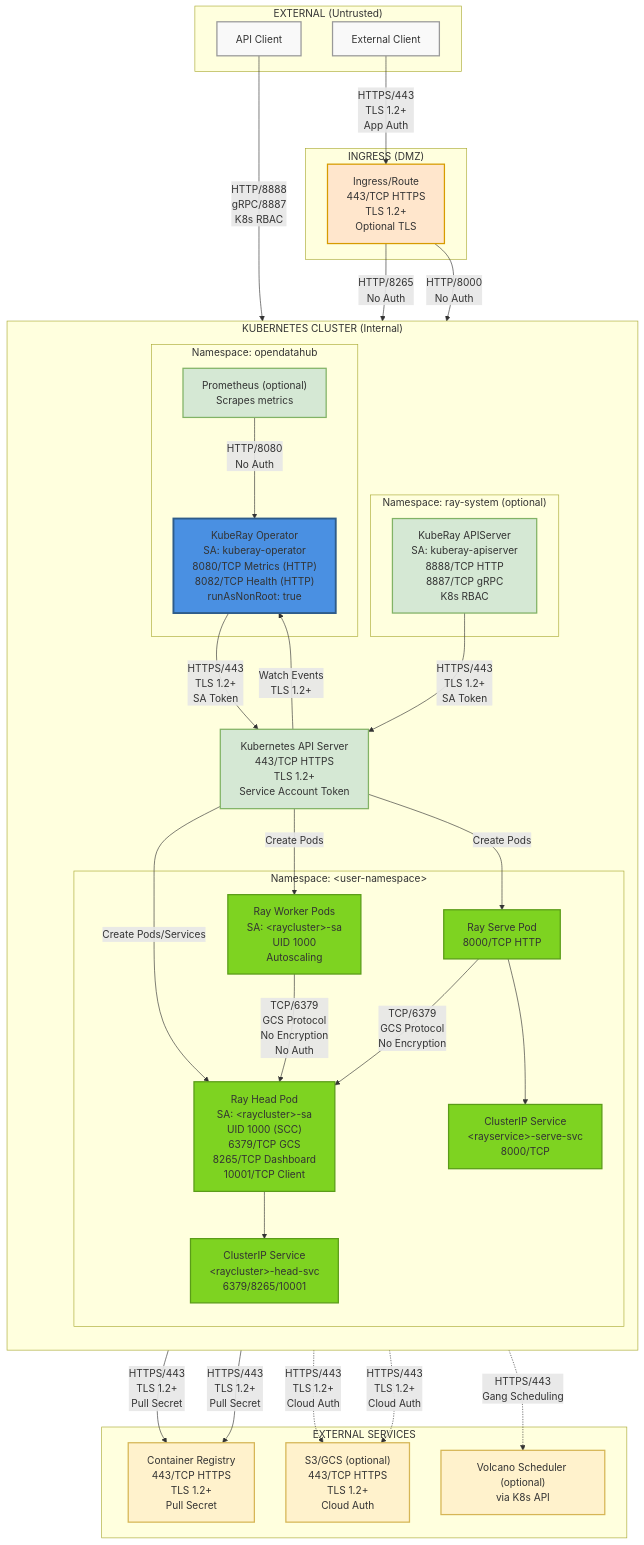
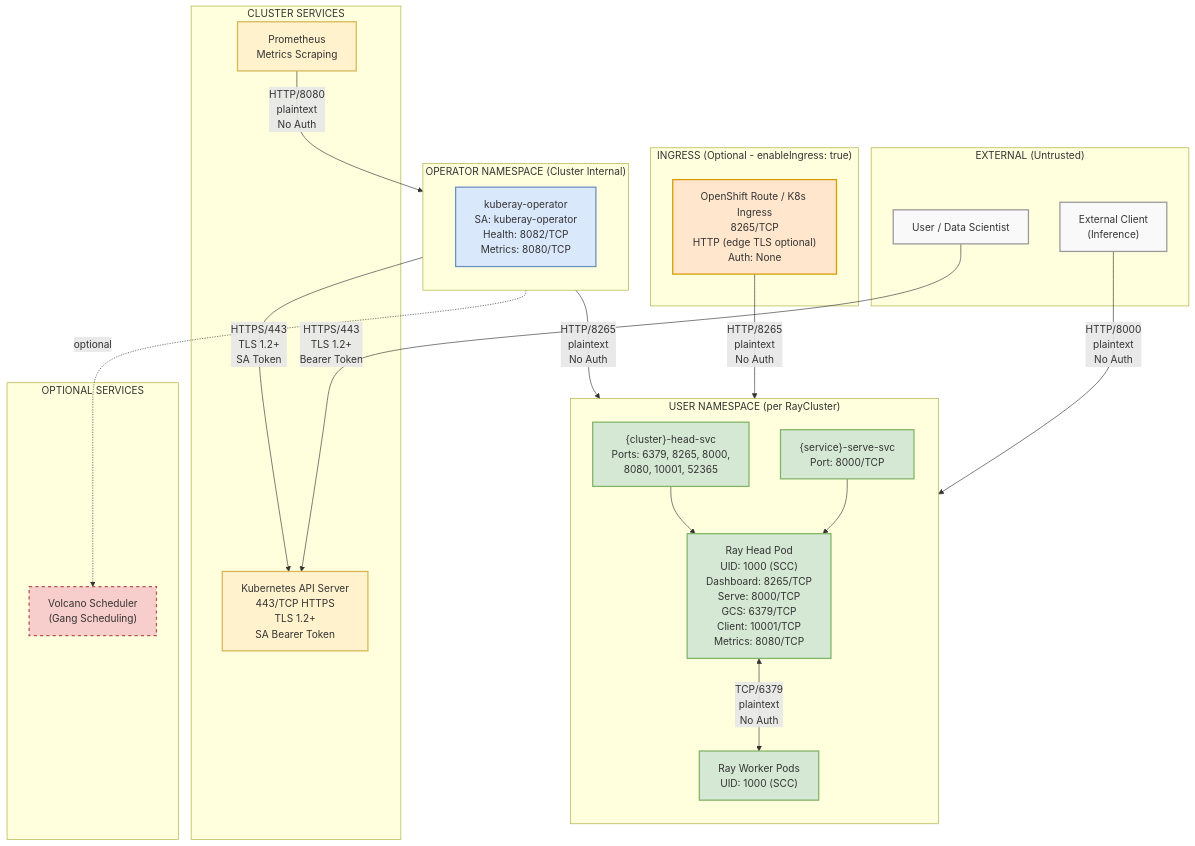
One commit to rhuss/architecture-context changed the diagram in architecture/rhoai-2.6/diagrams/kuberay-security-network.mmd. Above: the diagram before and after it, drawn with Mermaid. The commit also changed 325 other files, not shown here.

```diff
--- a/architecture/rhoai-2.6/diagrams/kuberay-security-network.mmd
+++ b/architecture/rhoai-2.6/diagrams/kuberay-security-network.mmd
@@ -1,88 +1,68 @@
+%% KubeRay Operator - Security Network Diagram
+%% Generated by: Claude Opus 4.6
+%% Source: architecture/rhoai-2.6/kuberay.md
+
 graph TB
     subgraph External["EXTERNAL (Untrusted)"]
-        Client[External Client]
-        APIClient[API Client]
+        User["User / Data Scientist"]
+        Client["External Client<br/>(Inference)"]
     end
 
-    subgraph Ingress["INGRESS (DMZ)"]
-        IngressRoute["Ingress/Route<br/>443/TCP HTTPS<br/>TLS 1.2+<br/>Optional TLS"]
+    subgraph Ingress["INGRESS (Optional - enableIngress: true)"]
+        Route["OpenShift Route / K8s Ingress<br/>8265/TCP<br/>HTTP (edge TLS optional)<br/>Auth: None"]
     end
 
-    subgraph K8sCluster["KUBERNETES CLUSTER (Internal)"]
+    subgraph OperatorNS["OPERATOR NAMESPACE (Cluster Internal)"]
         direction TB
-
-        subgraph NS_Operator["Namespace: opendatahub"]
-            Operator["KubeRay Operator<br/>SA: kuberay-operator<br/>8080/TCP Metrics (HTTP)<br/>8082/TCP Health (HTTP)<br/>runAsNonRoot: true"]
-            Prometheus["Prometheus (optional)<br/>Scrapes metrics"]
-        end
-
-        subgraph NS_APIServer["Namespace: ray-system (optional)"]
-            APIServer["KubeRay APIServer<br/>SA: kuberay-apiserver<br/>8888/TCP HTTP<br/>8887/TCP gRPC<br/>K8s RBAC"]
-        end
-
-        subgraph NS_User["Namespace: &lt;user-namespace&gt;"]
-            HeadPod["Ray Head Pod<br/>SA: &lt;raycluster&gt;-sa<br/>UID 1000 (SCC)<br/>6379/TCP GCS<br/>8265/TCP Dashboard<br/>10001/TCP Client"]
-            WorkerPods["Ray Worker Pods<br/>SA: &lt;raycluster&gt;-sa<br/>UID 1000<br/>Autoscaling"]
-            ServePod["Ray Serve Pod<br/>8000/TCP HTTP"]
-
-            HeadSvc["ClusterIP Service<br/>&lt;raycluster&gt;-head-svc<br/>6379/8265/10001"]
-            ServeSvc["ClusterIP Service<br/>&lt;rayservice&gt;-serve-svc<br/>8000/TCP"]
-        end
-
-        K8sAPI["Kubernetes API Server<br/>443/TCP HTTPS<br/>TLS 1.2+<br/>Service Account Token"]
+        Operator["kuberay-operator<br/>SA: kuberay-operator<br/>Health: 8082/TCP<br/>Metrics: 8080/TCP"]
     end
 
-    subgraph ExternalServices["EXTERNAL SERVICES"]
-        Registry["Container Registry<br/>443/TCP HTTPS<br/>TLS 1.2+<br/>Pull Secret"]
-        Storage["S3/GCS (optional)<br/>443/TCP HTTPS<br/>TLS 1.2+<br/>Cloud Auth"]
-        Volcano["Volcano Scheduler (optional)<br/>via K8s API"]
+    subgraph UserNS["USER NAMESPACE (per RayCluster)"]
+        direction TB
+        HeadPod["Ray Head Pod<br/>UID: 1000 (SCC)<br/>Dashboard: 8265/TCP<br/>Serve: 8000/TCP<br/>GCS: 6379/TCP<br/>Client: 10001/TCP<br/>Metrics: 8080/TCP"]
+        WorkerPods["Ray Worker Pods<br/>UID: 1000 (SCC)"]
+        HeadSvc["{cluster}-head-svc<br/>Ports: 6379, 8265, 8000,<br/>8080, 10001, 52365"]
+        ServeSvc["{service}-serve-svc<br/>Port: 8000/TCP"]
+    end
+
+    subgraph ClusterServices["CLUSTER SERVICES"]
+        K8sAPI["Kubernetes API Server<br/>443/TCP HTTPS<br/>TLS 1.2+<br/>SA Bearer Token"]
+        Prometheus["Prometheus<br/>Metrics Scraping"]
+    end
+
+    subgraph OptionalServices["OPTIONAL SERVICES"]
+        Volcano["Volcano Scheduler<br/>(Gang Scheduling)"]
     end
 
     %% External flows
-    Client -->|HTTPS/443<br/>TLS 1.2+<br/>App Auth| IngressRoute
-    APIClient -->|HTTP/8888<br/>gRPC/8887<br/>K8s RBAC| APIServer
-
-    %% Ingress flows
-    IngressRoute -->|HTTP/8265<br/>No Auth| HeadSvc
-    IngressRoute -->|HTTP/8000<br/>No Auth| ServeSvc
+    User -->|"HTTPS/443<br/>TLS 1.2+<br/>Bearer Token"| K8sAPI
+    Client -->|"HTTP/8000<br/>plaintext<br/>No Auth"| ServeSvc
+    Route -->|"HTTP/8265<br/>plaintext<br/>No Auth"| HeadSvc
 
     %% Operator flows
-    Operator -->|HTTPS/443<br/>TLS 1.2+<br/>SA Token| K8sAPI
-    Prometheus -->|HTTP/8080<br/>No Auth| Operator
+    Operator -->|"HTTPS/443<br/>TLS 1.2+<br/>SA Token"| K8sAPI
+    Operator -->|"HTTP/8265<br/>plaintext<br/>No Auth"| HeadPod
+    Prometheus -->|"HTTP/8080<br/>plaintext<br/>No Auth"| Operator
 
-    %% APIServer flows
-    APIServer -->|HTTPS/443<br/>TLS 1.2+<br/>SA Token| K8sAPI
+    %% Cluster internal flows
+    HeadSvc --> HeadPod
+    ServeSvc --> HeadPod
+    HeadPod <-->|"TCP/6379<br/>plaintext<br/>No Auth"| WorkerPods
 
-    %% K8s API flows
-    K8sAPI -->|Watch Events<br/>TLS 1.2+| Operator
-    K8sAPI -->|Create Pods/Services| HeadPod
-    K8sAPI -->|Create Pods| WorkerPods
-    K8sAPI -->|Create Pods| ServePod
-
-    %% Ray cluster internal flows
-    WorkerPods -->|TCP/6379<br/>GCS Protocol<br/>No Encryption<br/>No Auth| HeadPod
-    ServePod -->|TCP/6379<br/>GCS Protocol<br/>No Encryption| HeadPod
-    HeadPod --> HeadSvc
-    ServePod --> ServeSvc
-
-    %% External service flows
-    HeadPod -->|HTTPS/443<br/>TLS 1.2+<br/>Pull Secret| Registry
-    WorkerPods -->|HTTPS/443<br/>TLS 1.2+<br/>Pull Secret| Registry
-    HeadPod -.->|HTTPS/443<br/>TLS 1.2+<br/>Cloud Auth| Storage
-    WorkerPods -.->|HTTPS/443<br/>TLS 1.2+<br/>Cloud Auth| Storage
-    Operator -.->|HTTPS/443<br/>Gang Scheduling| Volcano
+    %% Optional
+    Operator -.->|"optional"| Volcano
 
     %% Styling
     classDef external fill:#f9f9f9,stroke:#999,stroke-width:2px
     classDef ingress fill:#ffe6cc,stroke:#d79b00,stroke-width:2px
-    classDef internal fill:#d5e8d4,stroke:#82b366,stroke-width:2px
-    classDef externalservice fill:#fff2cc,stroke:#d6b656,stroke-width:2px
-    classDef operator fill:#4a90e2,stroke:#2e5c8a,stroke-width:3px
-    classDef raypod fill:#7ed321,stroke:#5a9c18,stroke-width:2px
+    classDef operator fill:#dae8fc,stroke:#6c8ebf,stroke-width:2px
+    classDef userworkload fill:#d5e8d4,stroke:#82b366,stroke-width:2px
+    classDef clusterservice fill:#fff2cc,stroke:#d6b656,stroke-width:2px
+    classDef optional fill:#f8cecc,stroke:#b85450,stroke-width:2px,stroke-dasharray: 5 5
 
-    class Client,APIClient external
-    class IngressRoute ingress
+    class User,Client external
+    class Route ingress
     class Operator operator
-    class APIServer,K8sAPI,Prometheus internal
-    class HeadPod,WorkerPods,ServePod,HeadSvc,ServeSvc raypod
-    class Registry,Storage,Volcano externalservice
+    class HeadPod,WorkerPods,HeadSvc,ServeSvc userworkload
+    class K8sAPI,Prometheus clusterservice
+    class Volcano optional
```
